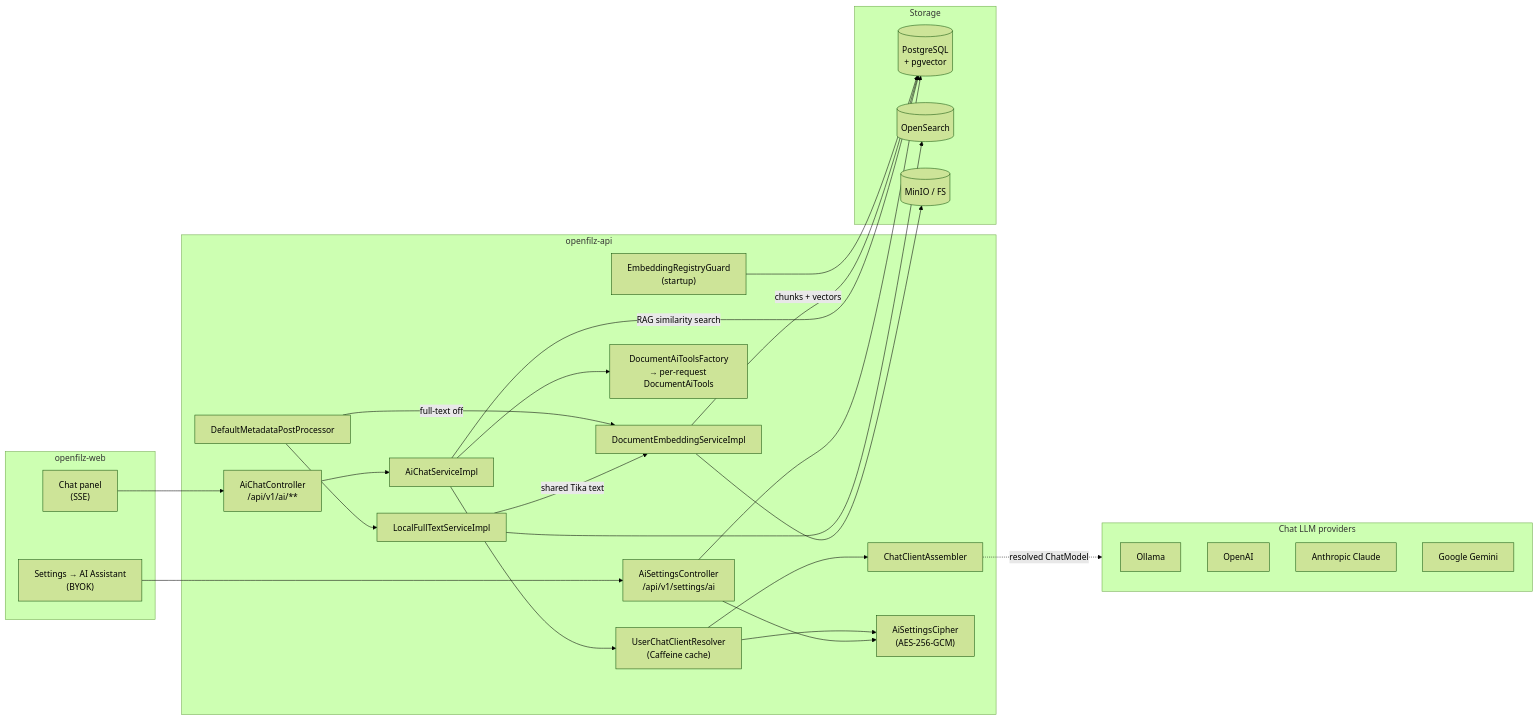
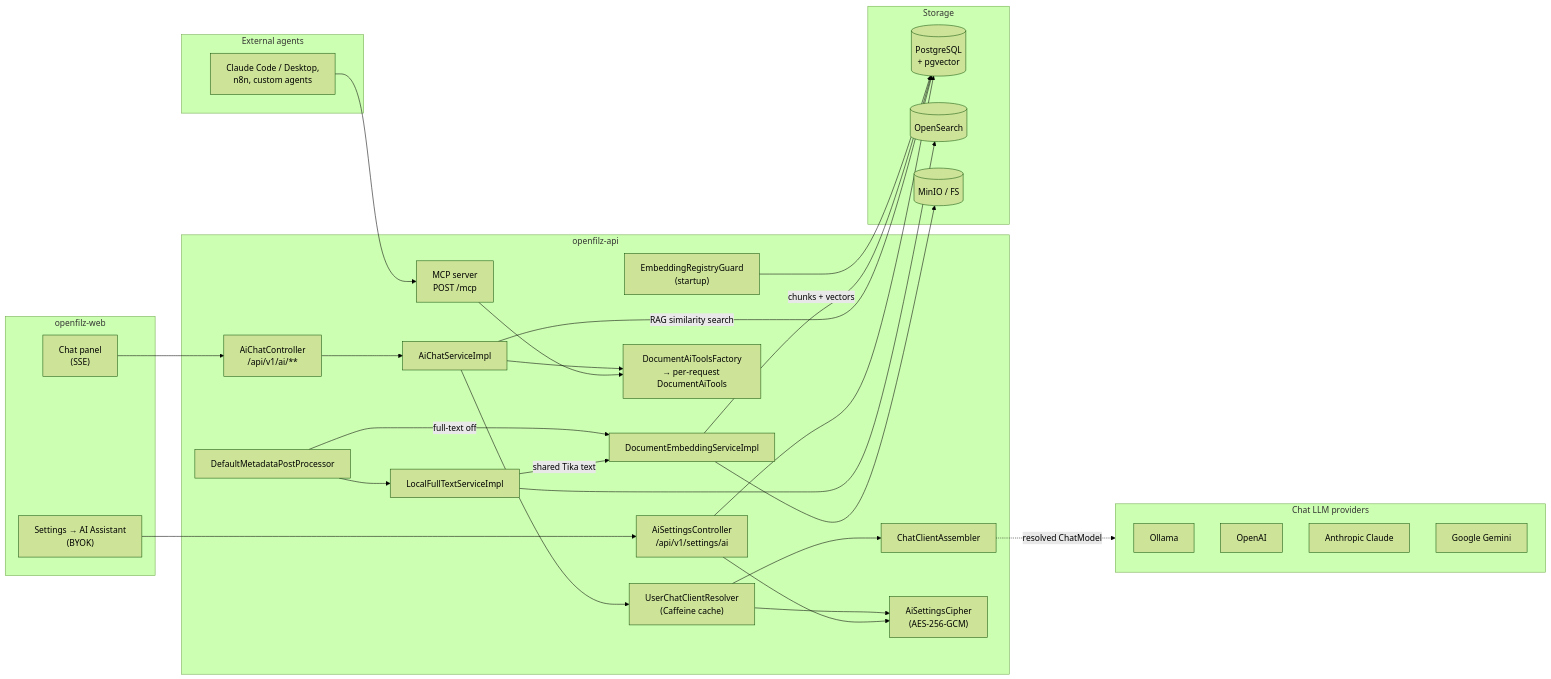
The first of 5 diagrams in docs/ai.md (openfilz/openfilz-core), drawn with Mermaid (forest theme) before and after one commit. The commit also changed other lines of this file and 4 other files, not shown here.

````diff
--- a/docs/ai.md
+++ b/docs/ai.md
@@ -17,49 +25,55 @@
 ```mermaid
 flowchart LR
     subgraph Frontend["openfilz-web"]
         ChatUI["Chat panel<br/>(SSE)"]
         SettingsUI["Settings → AI Assistant<br/>(BYOK)"]
     end
 
     subgraph API["openfilz-api"]
         ChatCtrl["AiChatController<br/>/api/v1/ai/**"]
         SettingsCtrl["AiSettingsController<br/>/api/v1/settings/ai"]
         ChatSvc["AiChatServiceImpl"]
         Resolver["UserChatClientResolver<br/>(Caffeine cache)"]
         Assembler["ChatClientAssembler"]
         ToolsFactory["DocumentAiToolsFactory<br/>→ per-request DocumentAiTools"]
         EmbedSvc["DocumentEmbeddingServiceImpl"]
         FullText["LocalFullTextServiceImpl"]
         PostProc["DefaultMetadataPostProcessor"]
         Cipher["AiSettingsCipher<br/>(AES-256-GCM)"]
         Guard["EmbeddingRegistryGuard<br/>(startup)"]
+        McpEp["MCP server<br/>POST /mcp"]
+    end
+
+    subgraph Ext["External agents"]
+        Agents["Claude Code / Desktop,<br/>n8n, custom agents"]
     end
 
     subgraph Stores["Storage"]
         PG[("PostgreSQL<br/>+ pgvector")]
         OS[("OpenSearch")]
         S3[("MinIO / FS")]
     end
 
     subgraph LLMs["Chat LLM providers"]
         Ollama["Ollama"]
         OpenAI["OpenAI"]
         Claude["Anthropic Claude"]
         Gemini["Google Gemini"]
     end
 
     ChatUI --> ChatCtrl --> ChatSvc
+    Agents --> McpEp --> ToolsFactory
     SettingsUI --> SettingsCtrl --> Cipher
     SettingsCtrl --> PG
     ChatSvc --> Resolver --> Assembler
     Resolver --> Cipher
     ChatSvc --> ToolsFactory
     ChatSvc -->|"RAG similarity search"| PG
     PostProc --> FullText --> OS
     FullText -->|"shared Tika text"| EmbedSvc
     PostProc -->|"full-text off"| EmbedSvc
     EmbedSvc -->|"chunks + vectors"| PG
     EmbedSvc --> S3
     Guard --> PG
     Assembler -.->|"resolved ChatModel"| LLMs
 ```
````
